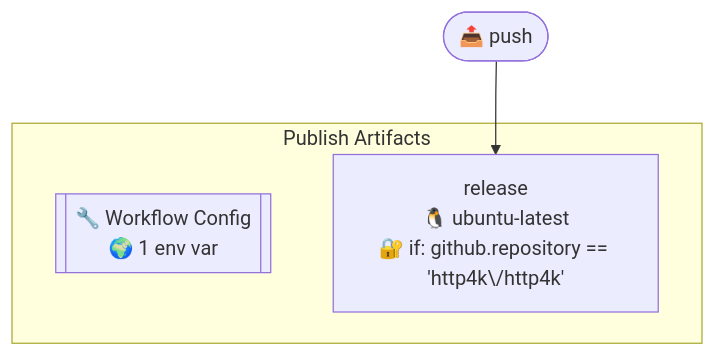
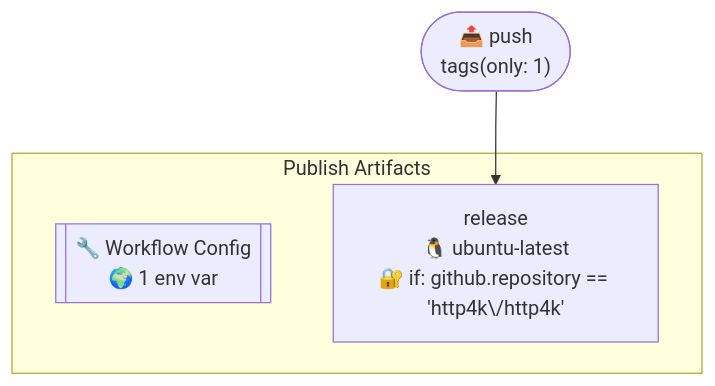
Before and after one commit to http4k/http4k: the tenth of 11 diagrams in .github/typeflows.md, drawn with Mermaid. The commit also changed other lines of this file and 10 other files, not shown here.

Commit message:
Updates to workflow diagrams, libs

````diff
--- a/.github/typeflows.md
+++ b/.github/typeflows.md
@@ -150,10 +172,10 @@
 ```mermaid
 %%{init: {"flowchart": {"curve": "basis"}}}%%
 flowchart TD
-    push(["📤 push"])
-    subgraph publish_artifacts["Publish Artifacts"]
-        publish_artifacts_metadata[["🔧 Workflow Config<br/>🌍 1 env var"]]
-        publish_artifacts_release["release<br/>🐧 ubuntu-latest<br/>🔐 if: github.repository == 'http4k\/http4k'"]
+    push(["📤 push<br/>tags(only: 1)"])
+    subgraph publishartifacts["Publish Artifacts"]
+        publishartifacts_metadata[["🔧 Workflow Config<br/>🌍 1 env var"]]
+        publishartifacts_release["release<br/>🐧 ubuntu-latest<br/>🔐 if: github.repository == 'http4k\/http4k'"]
     end
-    push --> publish_artifacts_release
+    push --> publishartifacts_release
 ```
````
